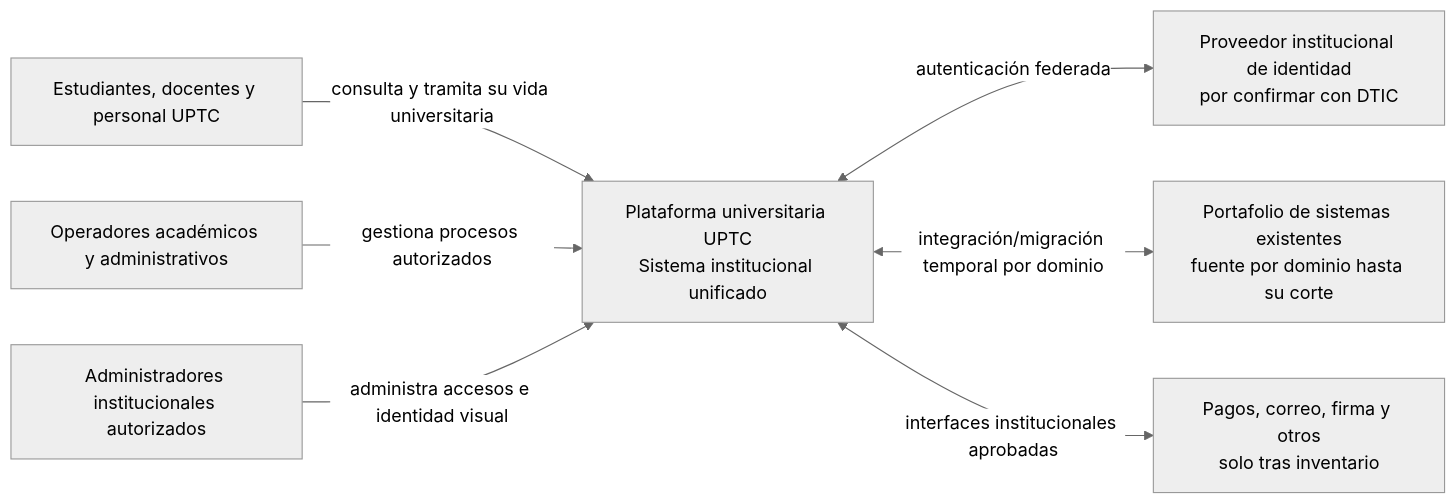
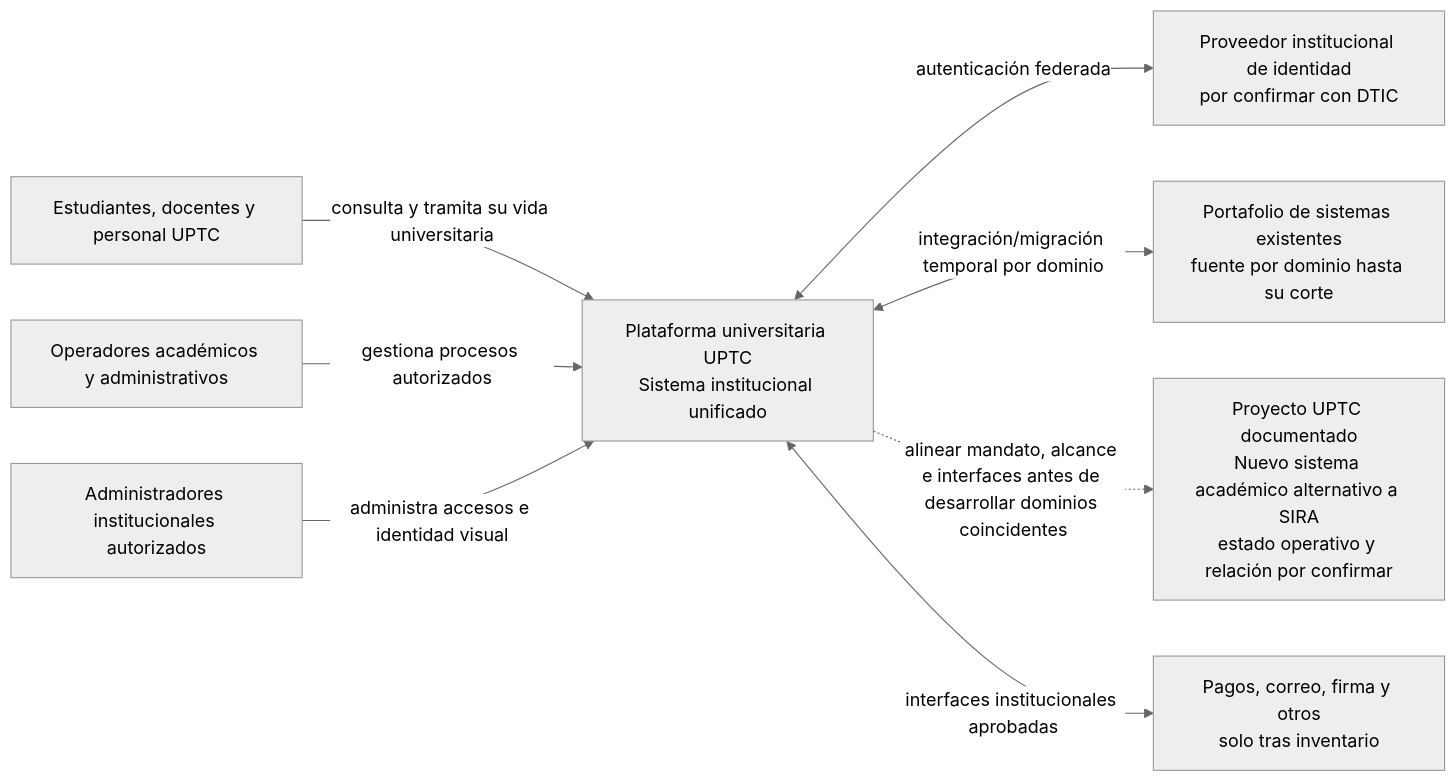
Before and after one commit to jdsalasca/open-university-backend: the first of 3 diagrams in docs/architecture/c4.md, drawn with Mermaid (neutral theme). The commit also changed other lines of this file and 10 other files, not shown here.

Commit message:
docs: align roadmap with UPTC academic system initiative

````diff
--- a/docs/architecture/c4.md
+++ b/docs/architecture/c4.md
@@ -18,17 +18,19 @@
 ```mermaid
 flowchart LR
   Comunidad[Estudiantes, docentes y personal UPTC]
   Operadores[Operadores académicos y administrativos]
   Administradores[Administradores institucionales autorizados]
   Plataforma[Plataforma universitaria UPTC\nSistema institucional unificado]
   IdP[Proveedor institucional de identidad\npor confirmar con DTIC]
   Legados[Portafolio de sistemas existentes\nfuente por dominio hasta su corte]
+  Iniciativa[Proyecto UPTC documentado\nNuevo sistema académico alternativo a SIRA\nestado operativo y relación por confirmar]
   Proveedores[Pagos, correo, firma y otros\nsolo tras inventario]
 
   Comunidad -->|consulta y tramita su vida universitaria| Plataforma
   Operadores -->|gestiona procesos autorizados| Plataforma
   Administradores -->|administra accesos e identidad visual| Plataforma
   Plataforma <-->|autenticación federada| IdP
   Plataforma <-->|integración/migración temporal por dominio| Legados
+  Plataforma -.->|alinear mandato, alcance e interfaces antes de desarrollar dominios coincidentes| Iniciativa
   Plataforma <-->|interfaces institucionales aprobadas| Proveedores
 ```
````
